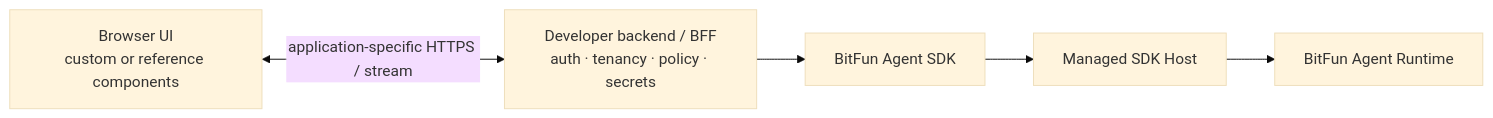
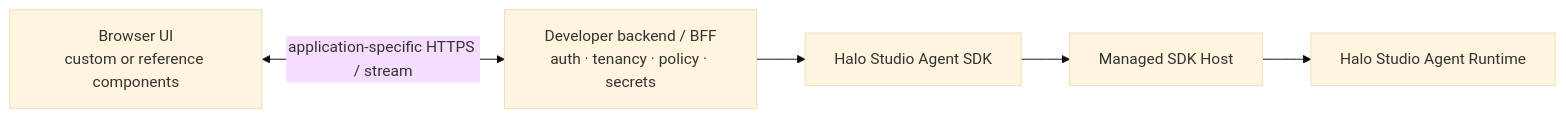
The seventh of 11 diagrams in product/Halo Studio/docs/architecture/agent-sdk-product-architecture.md (Nyzeep/Halo-Studio), drawn with Mermaid (base theme) before and after one commit. The commit also changed other lines of this file and 259 other files, not shown here.

Commit message:
文档：活动文档与历史证据去 BitFun 化并统一上游对照标注

````diff
--- a/product/Halo Studio/docs/architecture/agent-sdk-product-architecture.md
+++ b/product/Halo Studio/docs/architecture/agent-sdk-product-architecture.md
@@ -383,11 +383,11 @@
 ```mermaid
 flowchart LR
   Browser["Browser UI\ncustom or reference components"]
   Backend["Developer backend / BFF\nauth · tenancy · policy · secrets"]
-  SDK["BitFun Agent SDK"]
+  SDK["Halo Studio Agent SDK"]
   Host["Managed SDK Host"]
-  Runtime["BitFun Agent Runtime"]
+  Runtime["Halo Studio Agent Runtime"]
 
   Browser <-->|"application-specific HTTPS / stream"| Backend
   Backend --> SDK --> Host --> Runtime
 ```
````
